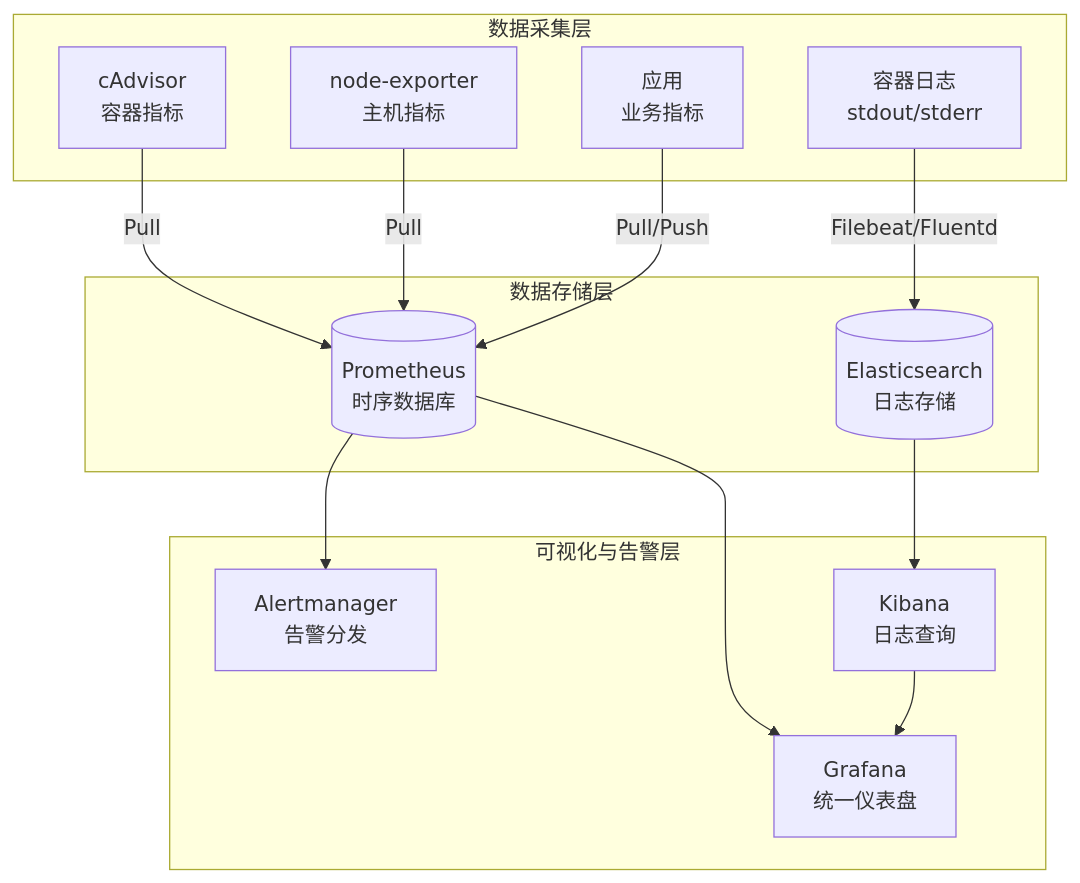
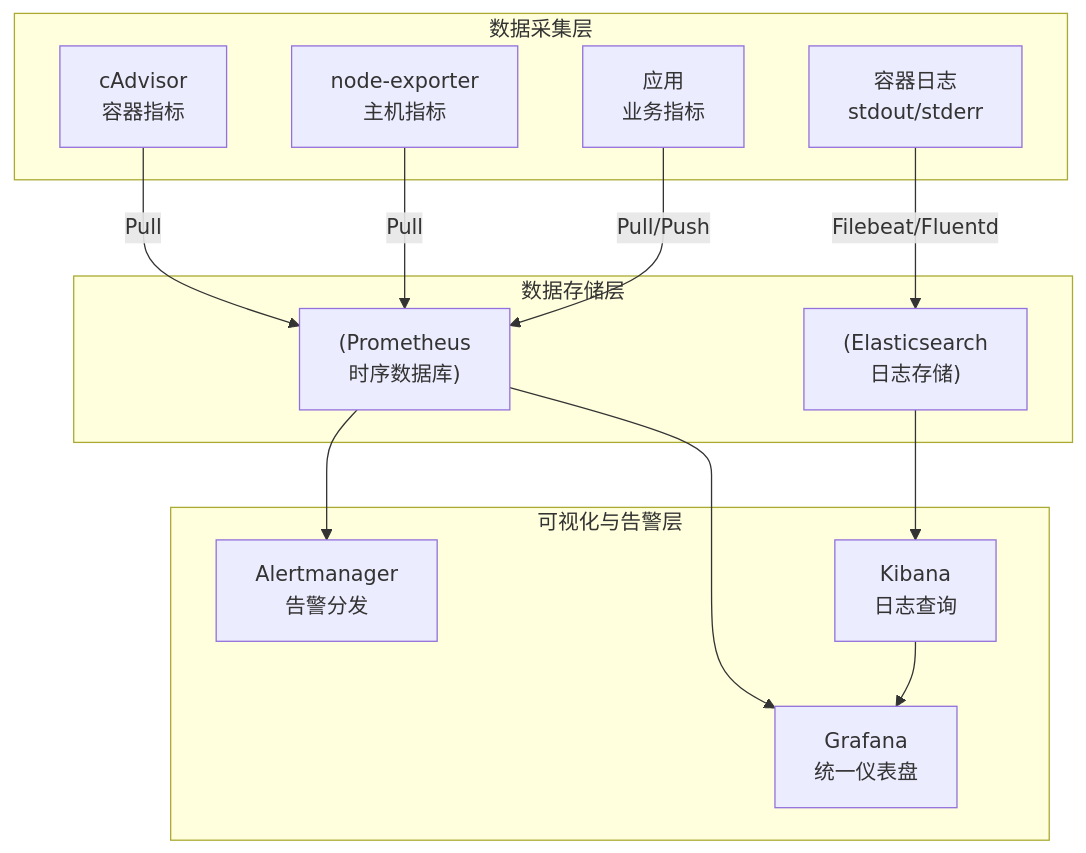
The second of 5 diagrams in src/运维与部署/Docker_K8s/03_Docker生产实战/02_容器监控与日志.md (moklgydocs/moklgydocs.github.io), drawn with Mermaid before and after one commit. The commit also changed other lines of this file and 178 other files, not shown here.

First line of the commit message:
fix: 修复 mermaid 图表语法错误 - 为含 <br/> 的标签添加引号、修复未闭合引号

````diff
--- a/src/运维与部署/Docker_K8s/03_Docker生产实战/02_容器监控与日志.md
+++ b/src/运维与部署/Docker_K8s/03_Docker生产实战/02_容器监控与日志.md
@@ -59,30 +59,30 @@
 ```mermaid
 graph TB
     subgraph "数据采集层"
-        CA[cAdvisor<br/>容器指标]
-        ND[node-exporter<br/>主机指标]
-        APP[应用<br/>业务指标]
-        LOG[容器日志<br/>stdout/stderr]
+        CA["cAdvisor<br/>容器指标"]
+        ND["node-exporter<br/>主机指标"]
+        APP["应用<br/>业务指标"]
+        LOG["容器日志<br/>stdout/stderr"]
     end
 
     subgraph "数据存储层"
-        PROM[(Prometheus<br/>时序数据库)]
-        ES[(Elasticsearch<br/>日志存储)]
+        PROM["(Prometheus<br/>时序数据库)"]
+        ES["(Elasticsearch<br/>日志存储)"]
     end
 
     subgraph "可视化与告警层"
-        GF[Grafana<br/>统一仪表盘]
-        AM[Alertmanager<br/>告警分发]
-        KB[Kibana<br/>日志查询]
+        GF["Grafana<br/>统一仪表盘"]
+        AM["Alertmanager<br/>告警分发"]
+        KB["Kibana<br/>日志查询"]
     end
 
     CA -->|Pull| PROM
     ND -->|Pull| PROM
     APP -->|Pull/Push| PROM
     LOG -->|Filebeat/Fluentd| ES
 
     PROM --> GF
     PROM --> AM
     ES --> KB
     KB --> GF
 ```
````
